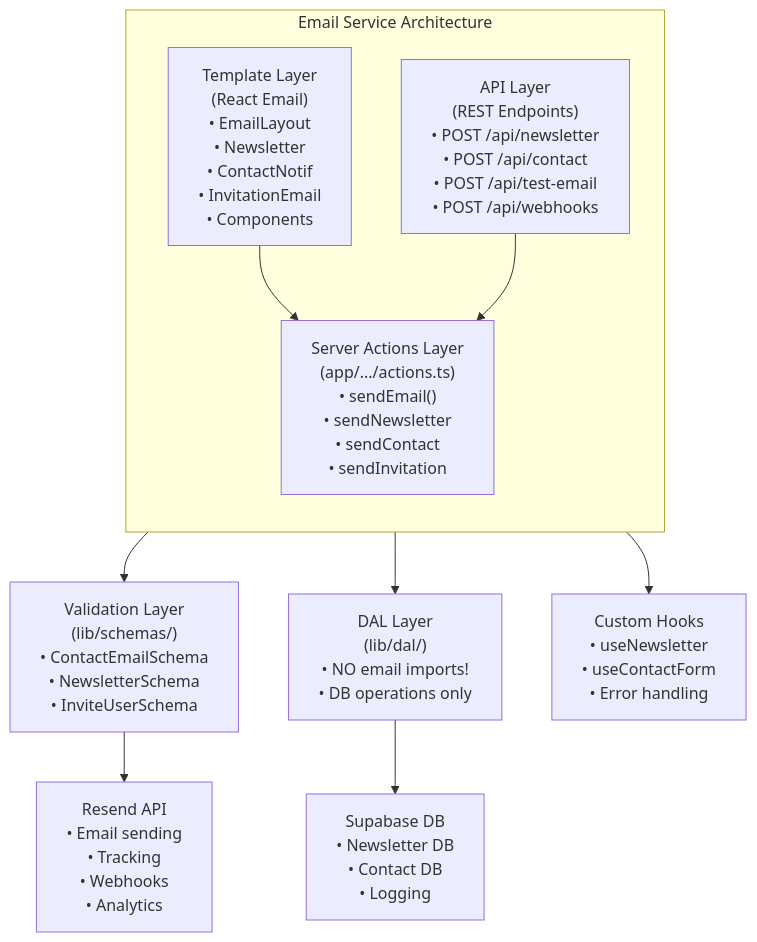
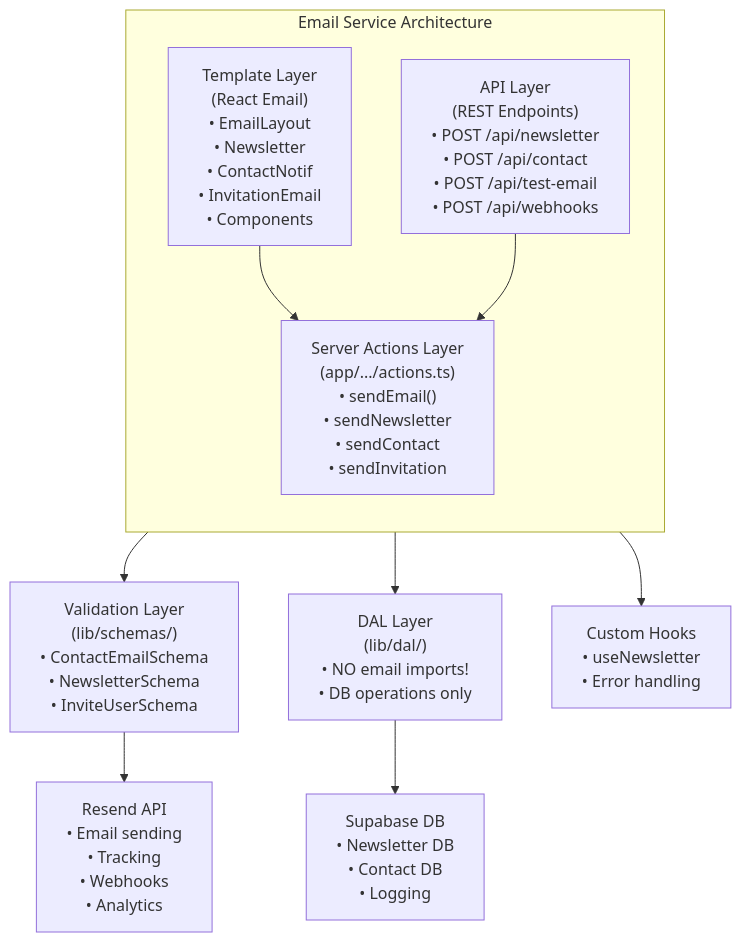
Before and after one commit to YanBerdin/rougecardinalcompany: the diagram in memory-bank/architecture/Email_Service_Architecture.md, drawn with Mermaid. The commit also changed other lines of this file and 13 other files, not shown here.

````diff
--- a/memory-bank/architecture/Email_Service_Architecture.md
+++ b/memory-bank/architecture/Email_Service_Architecture.md
@@ -157,18 +164,18 @@
 ```mermaid
 flowchart TD
   subgraph EmailService[Email Service Architecture]
     direction TB
     Template["Template Layer\n(React Email)\n• EmailLayout\n• Newsletter\n• ContactNotif\n• InvitationEmail\n• Components"]
     ServerAction["Server Actions Layer\n(app/.../actions.ts)\n• sendEmail()\n• sendNewsletter\n• sendContact\n• sendInvitation"]
     API["API Layer\n(REST Endpoints)\n• POST /api/newsletter\n• POST /api/contact\n• POST /api/test-email\n• POST /api/webhooks"]
   end
 
   Template --> ServerAction
   API --> ServerAction
   ServerAction --> Validation["Validation Layer\n(lib/schemas/)\n• ContactEmailSchema\n• NewsletterSchema\n• InviteUserSchema"]
 
   Validation --> Resend["Resend API\n• Email sending\n• Tracking\n• Webhooks\n• Analytics"]
   ServerAction --> DAL["DAL Layer\n(lib/dal/)\n• NO email imports!\n• DB operations only"]
   DAL --> Supabase["Supabase DB\n• Newsletter DB\n• Contact DB\n• Logging"]
-  ServerAction --> Hooks["Custom Hooks\n• useNewsletter\n• useContactForm\n• Error handling"]
+  ServerAction --> Hooks["Custom Hooks\n• useNewsletter\n• Error handling"]
 ```
````
